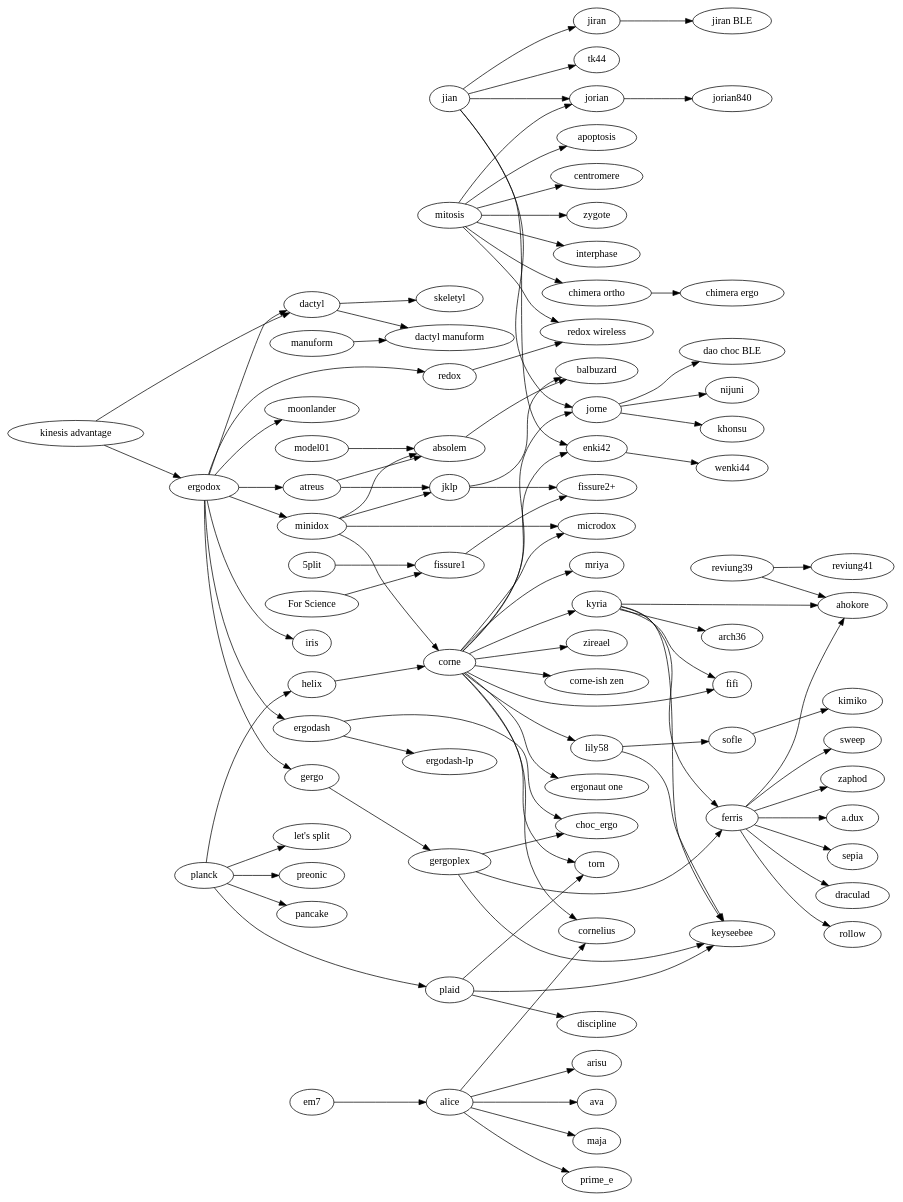
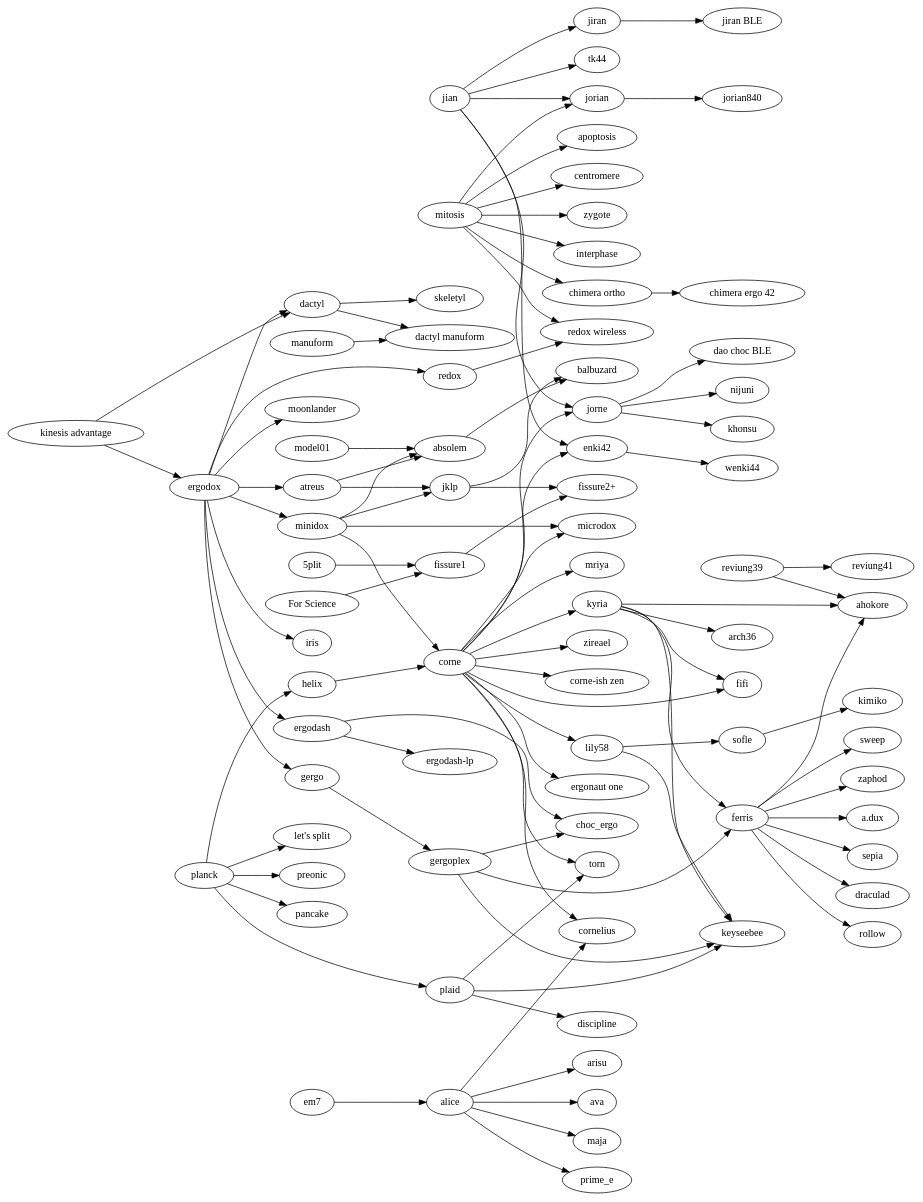
One commit to joric/graph changed the diagram in tree.gv. Above: the diagram before and after it, drawn with Graphviz.

```diff
--- a/tree.gv
+++ b/tree.gv
@@ -1,168 +1,168 @@
 digraph {
   rankdir=LR;
 
   subgraph splits {
     helix -> corne;
     enki42->wenki44;
     jiran->"jiran BLE";
     jorian->jorian840;
     redox->"redox wireless";
-    "chimera ortho"->"chimera ergo";
+    "chimera ortho"->"chimera ergo 42";
     em7->alice;
 
     jian -> {
       jorian;
       jorne;
       jiran;
       enki42;
       tk44;
     }
 
     jorne -> {
       nijuni;
       khonsu;
       "dao choc BLE";
     }
 
     mitosis -> {
       apoptosis;
       "redox wireless";
       centromere;
       zygote;
       "chimera ortho";
       interphase;
       jorian;
     }
 
     corne -> {
       "corne-ish zen";
       cornelius;
       fifi;
       kyria;
       lily58;
       microdox;
       torn;
       jorne;
       "ergonaut one";
       mriya;
       zireael;
       enki42;
     };
 
     lily58 -> {
       keyseebee;
       sofle;
     };
 
     kyria -> {
         ahokore;
         arch36;
         ferris;
         fifi;
         keyseebee;
     };
 
     "kinesis advantage" -> {
       ergodox;
       dactyl;
     };
 
     ergodox -> {
       atreus;
       dactyl;
       ergodash;
       gergo;
       iris;
       minidox;
       moonlander;
       redox;
     };
 
     ergodash -> {
       "ergodash-lp";
       choc_ergo;
     };
 
     gergo -> gergoplex;
     gergoplex -> {
       choc_ergo;
       ferris;
       keyseebee;
     };
 
     ferris -> {
       ahokore;
       sepia;
       draculad;
       rollow;
       sweep;
       zaphod;
       "a.dux";
     };
 
     manuform -> "dactyl manuform";
 
     minidox -> {
       absolem;
       corne;
       microdox;
       jklp;
     };
 
     model01 -> {
       absolem;
     };
 
     sofle -> kimiko;
 
     "5plit" -> "fissure1";
     "For Science" -> "fissure1";
     fissure1 -> "fissure2+";
     jklp -> "fissure2+";
   }
 
   subgraph unibody {
     atreus -> {
       absolem;
       jklp;
     };
     jklp -> balbuzard;
     absolem -> balbuzard;
     reviung39 -> {
       ahokore;
       reviung41;
     };
   };
 
   subgraph ortholinear {
     plaid -> {
       discipline;
       keyseebee;
       torn;
     };
     planck -> {
       helix;
       "let's split";
       plaid;
       preonic;
       pancake;
     };
   }
 
   subgraph {
     dactyl -> {
       "dactyl manuform";
       skeletyl;
     }
   }
 
   subgraph alicefamily {
     alice -> {
       arisu;
       ava;
       cornelius;
       maja;
       prime_e;
     }
   }
 }
```
